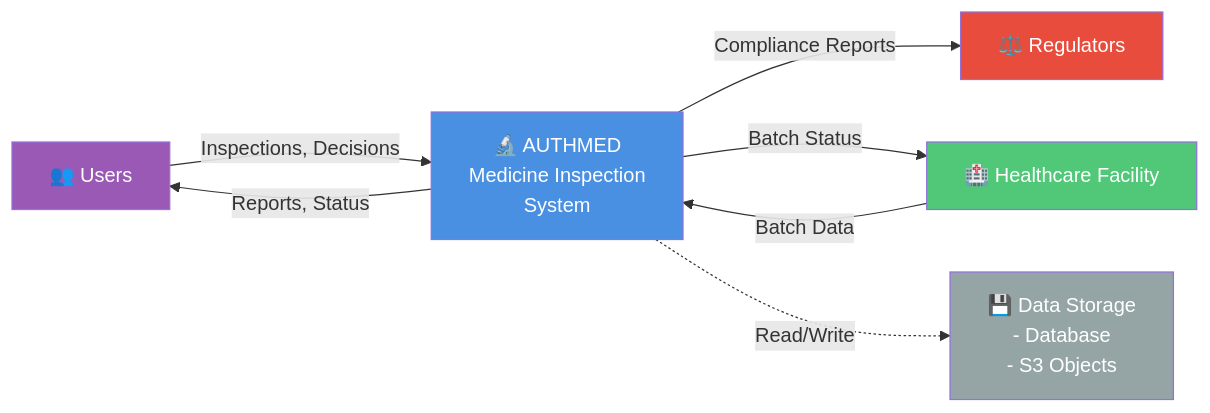
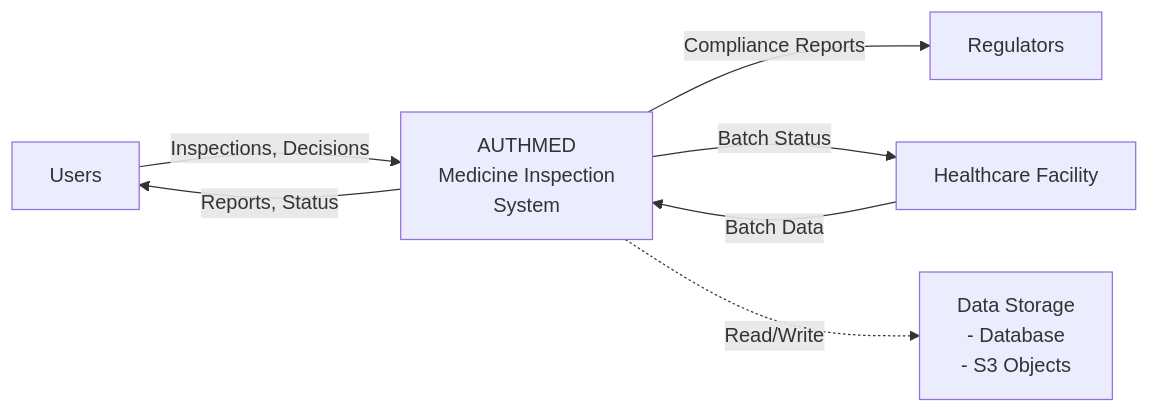
Before and after one commit to AbraImani/Authmed_Backend_intern: the first of 7 diagrams in docs/architecture/data-flow-diagrams.md, drawn with Mermaid. The commit also changed other lines of this file and 27 other files, not shown here.

Commit message:
docs: remove emojis, translate to English, standardize diagrams and remove color styles

````diff
--- a/docs/architecture/data-flow-diagrams.md
+++ b/docs/architecture/data-flow-diagrams.md
@@ -9,23 +9,19 @@
 ```mermaid
 graph LR
-    Users["👥 Users"]
-    HealthFacility["🏥 Healthcare Facility"]
-    Regulators["⚖️ Regulators"]
-    
-    AuthMed["🔬 AUTHMED<br/>Medicine Inspection<br/>System"]
-    
-    Storage["💾 Data Storage<br/>- Database<br/>- S3 Objects"]
+    Users["Users"]
+    HealthFacility["Healthcare Facility"]
+    Regulators["Regulators"]
+
+    AuthMed["AUTHMED<br/>Medicine Inspection<br/>System"]
+
+    Storage["Data Storage<br/>- Database<br/>- S3 Objects"]
     
     Users -->|Inspections, Decisions| AuthMed
     HealthFacility -->|Batch Data| AuthMed
     AuthMed -->|Reports, Status| Users
     AuthMed -->|Compliance Reports| Regulators
     AuthMed -->|Batch Status| HealthFacility
     AuthMed -.->|Read/Write| Storage
     
-    style AuthMed fill:#4a90e2,color:#fff
-    style Storage fill:#95a5a6,color:#fff
-    style Users fill:#9b59b6,color:#fff
-    style HealthFacility fill:#50c878,color:#fff
-    style Regulators fill:#e74c3c,color:#fff
+    %% Styles removed for neutral diagram presentation
 ```
````
